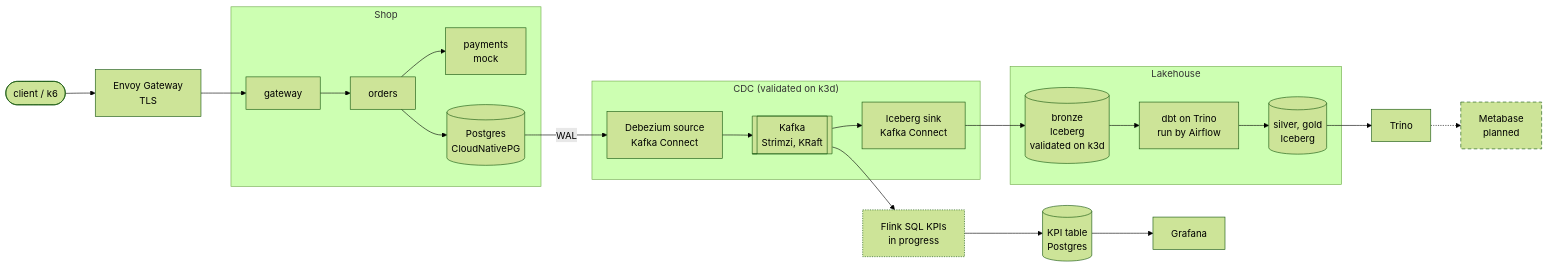
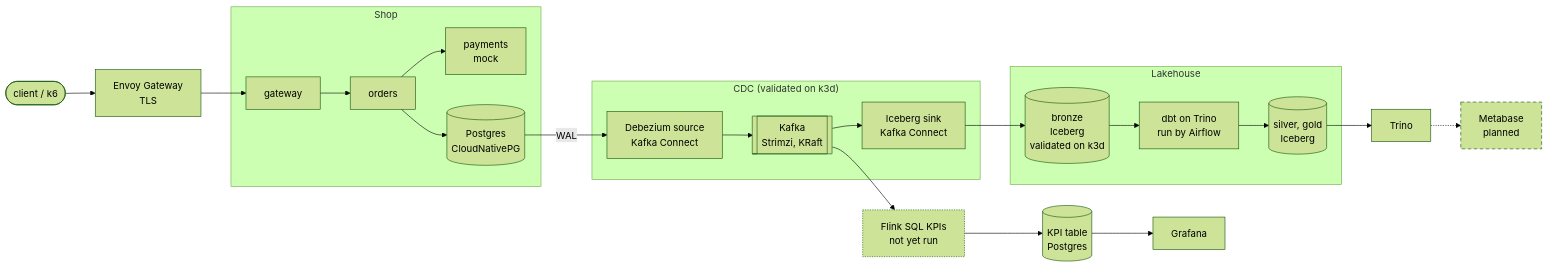
One commit to winthebest/shopflow changed the first of 2 diagrams in README.md. Above: the diagram before and after it, drawn with Mermaid (forest theme). The commit also changed other lines of this file, not shown here.

````diff
--- a/README.md
+++ b/README.md
@@ -35,21 +35,21 @@
 ```mermaid
 flowchart LR
   client([client / k6]) --> edge[Envoy Gateway<br/>TLS]
   subgraph shop [Shop]
     gw[gateway] --> orders[orders] --> pay[payments<br/>mock]
     orders --> pg[(Postgres<br/>CloudNativePG)]
   end
   edge --> gw
   subgraph cdc ["CDC (validated on k3d)"]
     dbz[Debezium source<br/>Kafka Connect] --> kafka[[Kafka<br/>Strimzi, KRaft]] --> sink[Iceberg sink<br/>Kafka Connect]
   end
   pg -- WAL --> dbz
   subgraph lake [Lakehouse]
     bronze[(bronze<br/>Iceberg<br/>validated on k3d)] --> dbt[dbt on Trino<br/>run by Airflow] --> gold[(silver, gold<br/>Iceberg)]
   end
   sink --> bronze
   gold --> trino[Trino] -.-> mb[Metabase<br/>planned]:::planned
-  kafka --> flink[Flink SQL KPIs<br/>in progress]:::wip --> kpi[(KPI table<br/>Postgres)] --> graf[Grafana]
+  kafka --> flink[Flink SQL KPIs<br/>not yet run]:::wip --> kpi[(KPI table<br/>Postgres)] --> graf[Grafana]
   classDef planned stroke-dasharray: 6 4
   classDef wip stroke-dasharray: 2 2
 ```
````
